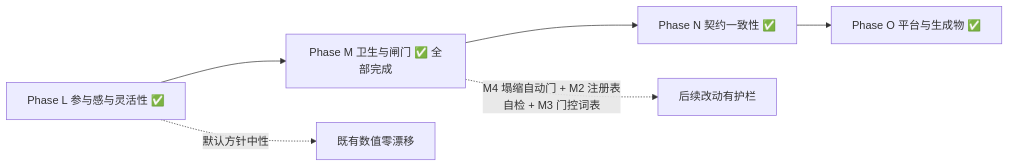
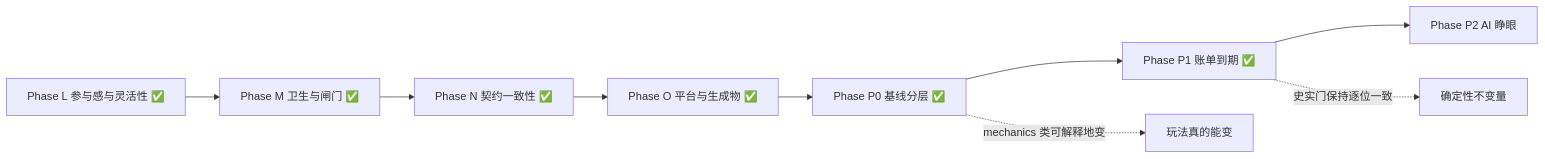
Before and after one commit to reney-0202/a-simple-world-map: the diagram in docs/ROADMAP.md, drawn with Mermaid. The commit also changed other lines of this file and 16 other files, not shown here.

````diff
--- a/docs/ROADMAP.md
+++ b/docs/ROADMAP.md
@@ -340,8 +468,11 @@
 ```mermaid
 graph LR
-  L[Phase L 参与感与灵活性 ✅] --> M[Phase M 卫生与闸门 ✅ 全部完成]
+  L[Phase L 参与感与灵活性 ✅] --> M[Phase M 卫生与闸门 ✅]
   M --> N[Phase N 契约一致性 ✅]
   N --> O[Phase O 平台与生成物 ✅]
-  L -.->|默认方针中性| B1[既有数值零漂移]
-  M -.->|M4 塌缩自动门 + M2 注册表自检 + M3 门控词表| B2[后续改动有护栏]
+  O --> P0[Phase P0 基线分层 ✅]
+  P0 --> P1[Phase P1 账单到期 ✅]
+  P1 --> P2[Phase P2 AI 睁眼]
+  P1 -.->|史实门保持逐位一致| B1[确定性不变量]
+  P0 -.->|mechanics 类可解释地变| B2[玩法真的能变]
 ```
````
